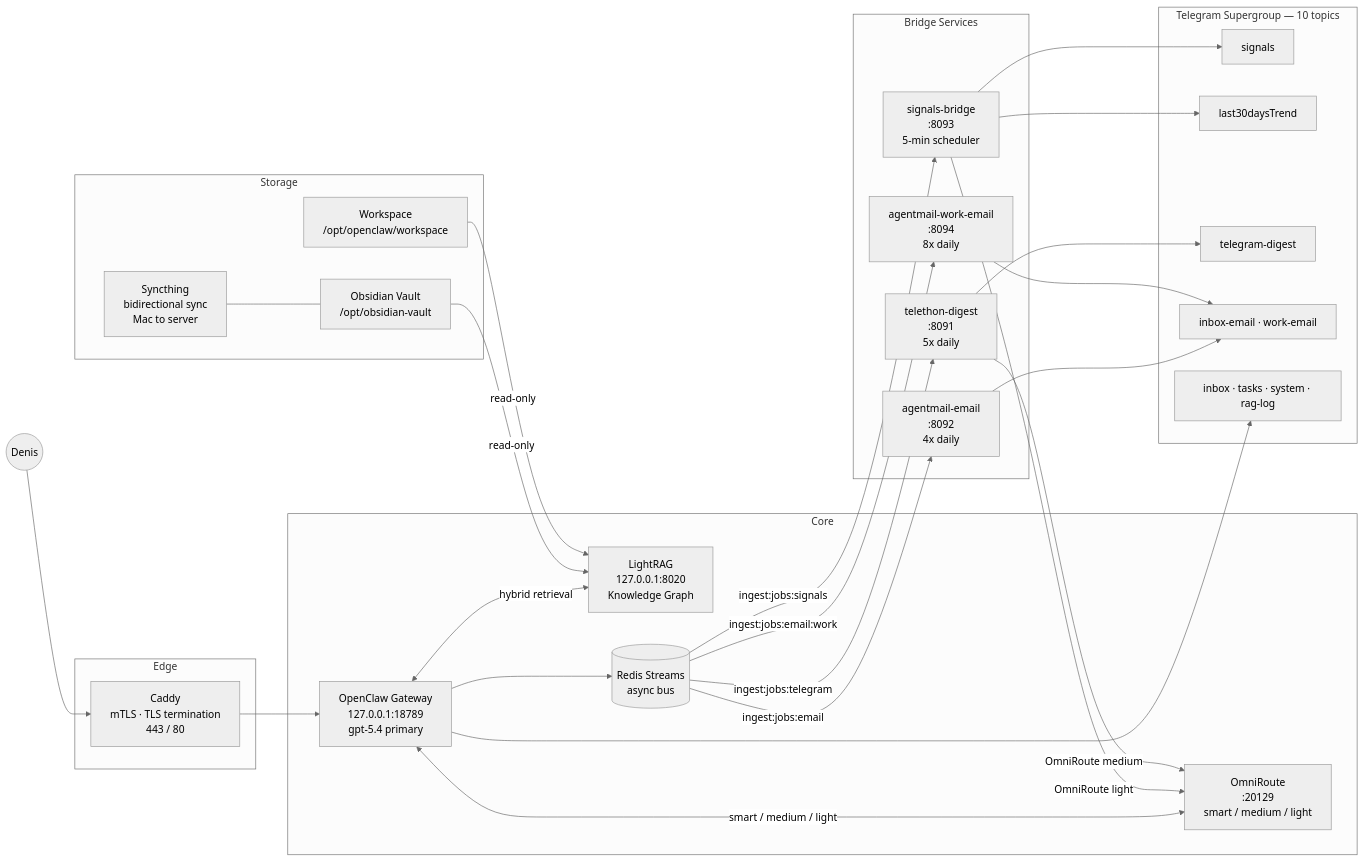
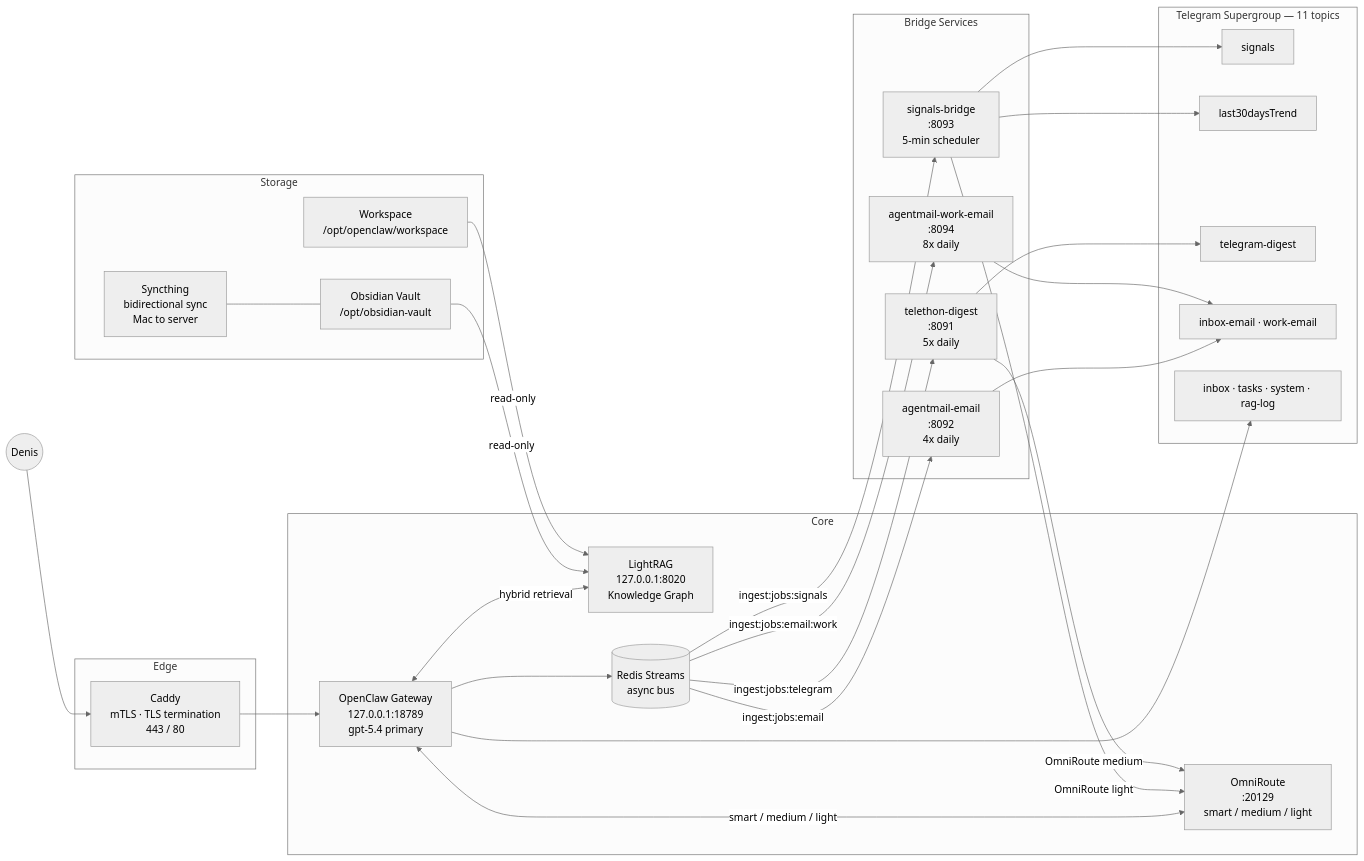
The first of 4 diagrams in README.md (eiler2005/clawden-ai), drawn with Mermaid (neutral theme) before and after one commit. The commit also changed other lines of this file and 17 other files, not shown here.

````diff
--- a/README.md
+++ b/README.md
@@ -185,61 +187,61 @@
 ```mermaid
 graph LR
     Denis(("Denis"))
 
     subgraph Edge["Edge"]
         Caddy["Caddy\nmTLS · TLS termination\n443 / 80"]
     end
 
     subgraph Core["Core"]
         OC["OpenClaw Gateway\n127.0.0.1:18789\ngpt-5.4 primary"]
         OR["OmniRoute\n:20129\nsmart / medium / light"]
         RAG["LightRAG\n127.0.0.1:8020\nKnowledge Graph"]
         Redis[("Redis Streams\nasync bus")]
     end
 
     subgraph Storage["Storage"]
         Obsidian["Obsidian Vault\n/opt/obsidian-vault"]
         Workspace["Workspace\n/opt/openclaw/workspace"]
         Sync["Syncthing\nbidirectional sync\nMac to server"]
     end
 
     subgraph Bridges["Bridge Services"]
         SB["signals-bridge\n:8093\n5-min scheduler"]
         TD["telethon-digest\n:8091\n5x daily"]
         EM["agentmail-email\n:8092\n4x daily"]
         WE["agentmail-work-email\n:8094\n8x daily"]
     end
 
-    subgraph Outputs["Telegram Supergroup — 10 topics"]
+    subgraph Outputs["Telegram Supergroup — 11 topics"]
         T1["signals"]
         T2["last30daysTrend"]
         T3["telegram-digest"]
         T4["inbox-email · work-email"]
         T6["inbox · tasks · system · rag-log"]
     end
 
     Denis --> Caddy --> OC
     OC <-->|"smart / medium / light"| OR
     OC <-->|"hybrid retrieval"| RAG
     OC --> Redis
 
     Denis ~~~ Sync
     Sync --- Obsidian
     Obsidian -->|"read-only"| RAG
     Workspace -->|"read-only"| RAG
 
     Redis -->|"ingest:jobs:signals"| SB
     Redis -->|"ingest:jobs:telegram"| TD
     Redis -->|"ingest:jobs:email"| EM
     Redis -->|"ingest:jobs:email:work"| WE
 
     SB -->|"OmniRoute light"| OR
     TD -->|"OmniRoute medium"| OR
 
     SB --> T1
     SB --> T2
     TD --> T3
     EM --> T4
     WE --> T4
     OC --> T6
 ```
````
